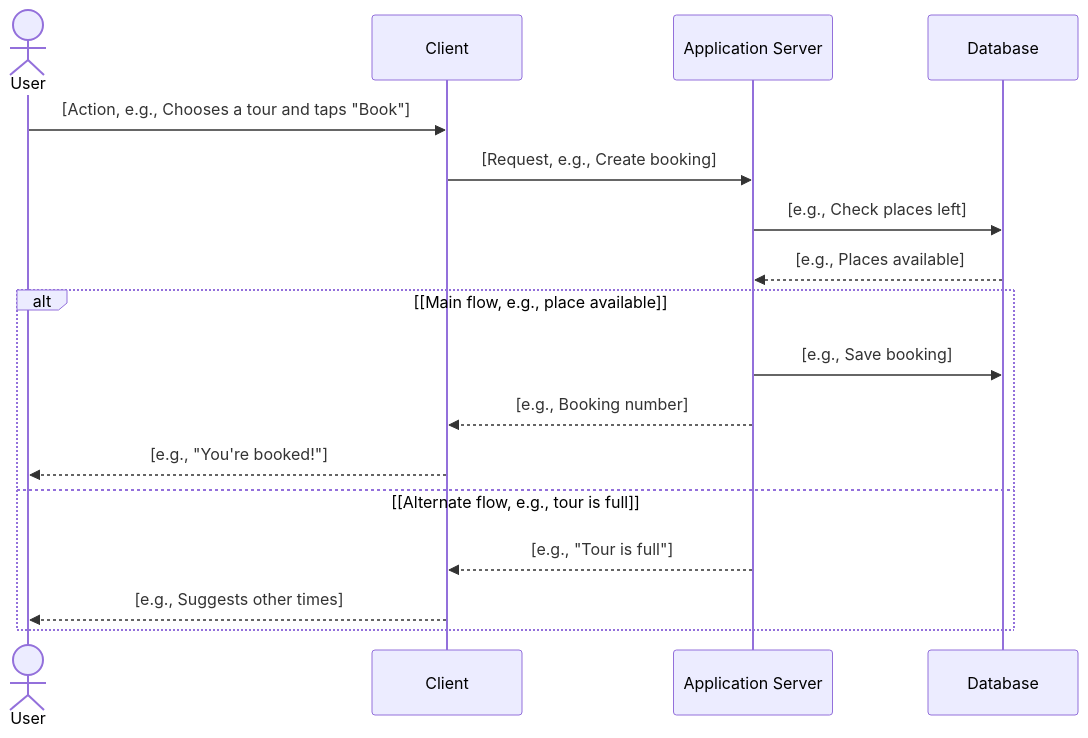
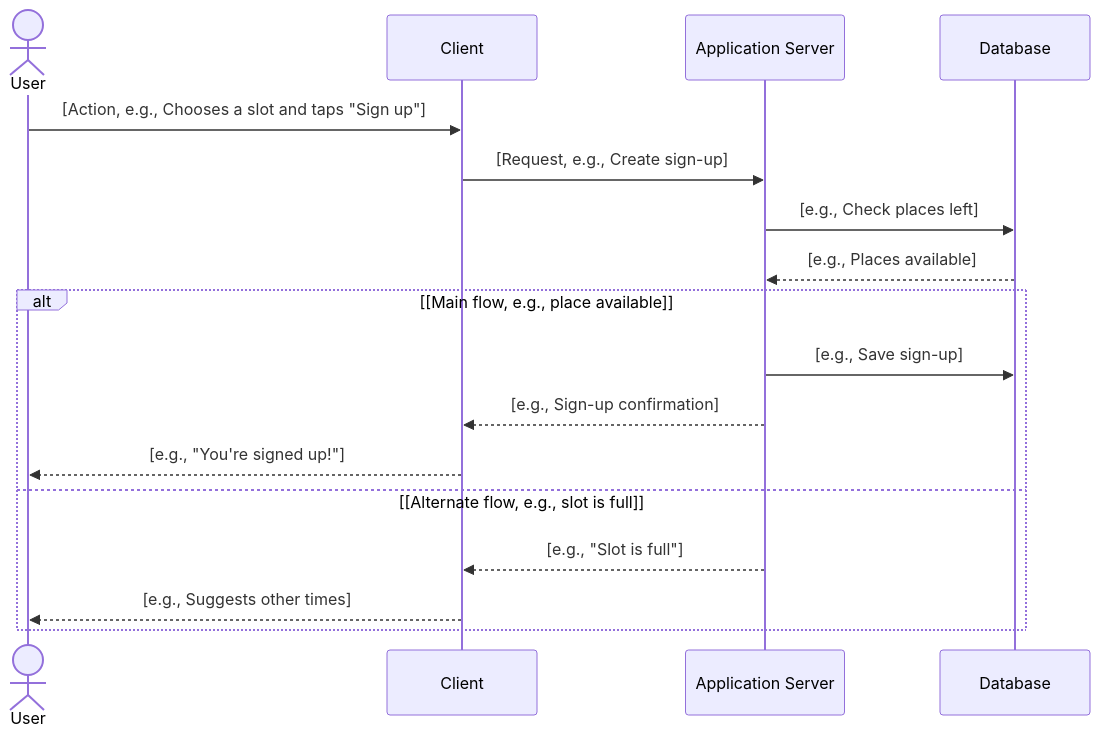
One commit to b0ts/ai_assisted_sdlc_workflow changed the second of 2 diagrams in templates/d04-01-spec.md. Above: the diagram before and after it, drawn with Mermaid. The commit also changed other lines of this file and 87 other files, not shown here.

````diff
--- a/templates/d04-01-spec.md
+++ b/templates/d04-01-spec.md
@@ -132,19 +132,19 @@
 ```mermaid
 sequenceDiagram
     actor User
     participant Client
     participant Server as Application Server
     participant DB as Database
-    User->>Client: [Action, e.g., Chooses a tour and taps "Book"]
-    Client->>Server: [Request, e.g., Create booking]
+    User->>Client: [Action, e.g., Chooses a slot and taps "Sign up"]
+    Client->>Server: [Request, e.g., Create sign-up]
     Server->>DB: [e.g., Check places left]
     DB-->>Server: [e.g., Places available]
     alt [Main flow, e.g., place available]
-        Server->>DB: [e.g., Save booking]
-        Server-->>Client: [e.g., Booking number]
-        Client-->>User: [e.g., "You're booked!"]
-    else [Alternate flow, e.g., tour is full]
-        Server-->>Client: [e.g., "Tour is full"]
+        Server->>DB: [e.g., Save sign-up]
+        Server-->>Client: [e.g., Sign-up confirmation]
+        Client-->>User: [e.g., "You're signed up!"]
+    else [Alternate flow, e.g., slot is full]
+        Server-->>Client: [e.g., "Slot is full"]
         Client-->>User: [e.g., Suggests other times]
     end
 ```
````
